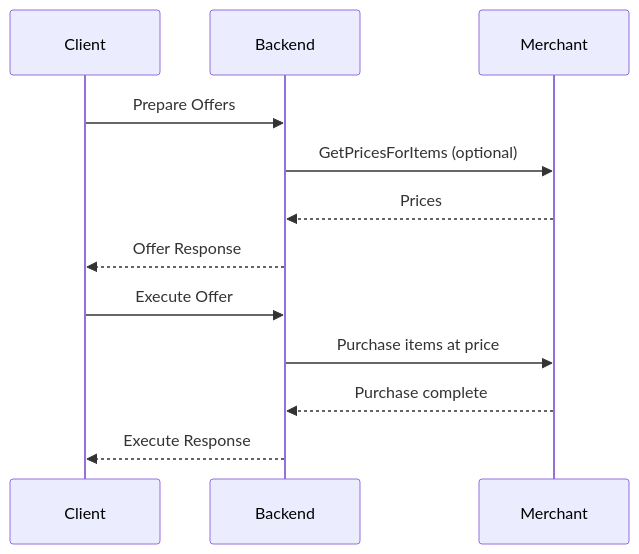
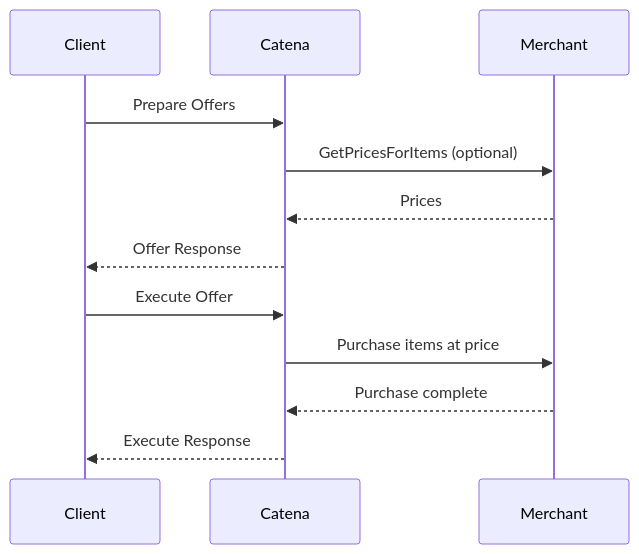
Before and after one commit to CatenaTools/documentation: the diagram in Writerside/topics/Offers.md, drawn with Mermaid. The commit also changed other lines of this file, not shown here.

Commit message:
Offer Flow Documentation: Be more descriptive about failures

````diff
--- a/Writerside/topics/Offers.md
+++ b/Writerside/topics/Offers.md
@@ -16,20 +17,20 @@
 ```mermaid
 sequenceDiagram
     participant Client
-    participant Backend
+    participant Catena
     participant Merchant
 
-    Client->>Backend: Prepare Offers
-    Backend->>Merchant: GetPricesForItems (optional)
-    Merchant-->>Backend: Prices
+    Client->>Catena: Prepare Offers
+    Catena->>Merchant: GetPricesForItems (optional)
+    Merchant-->>Catena: Prices
     
-    Backend-->>Client: Offer Response
+    Catena-->>Client: Offer Response
 
-    Client->>Backend: Execute Offer
+    Client->>Catena: Execute Offer
     
-    Backend->>Merchant: Purchase items at price
-    Merchant-->>Backend: Purchase complete    
+    Catena->>Merchant: Purchase items at price
+    Merchant-->>Catena: Purchase complete    
     
-    Backend-->>Client: Execute Response
+    Catena-->>Client: Execute Response
 
 ```
````
